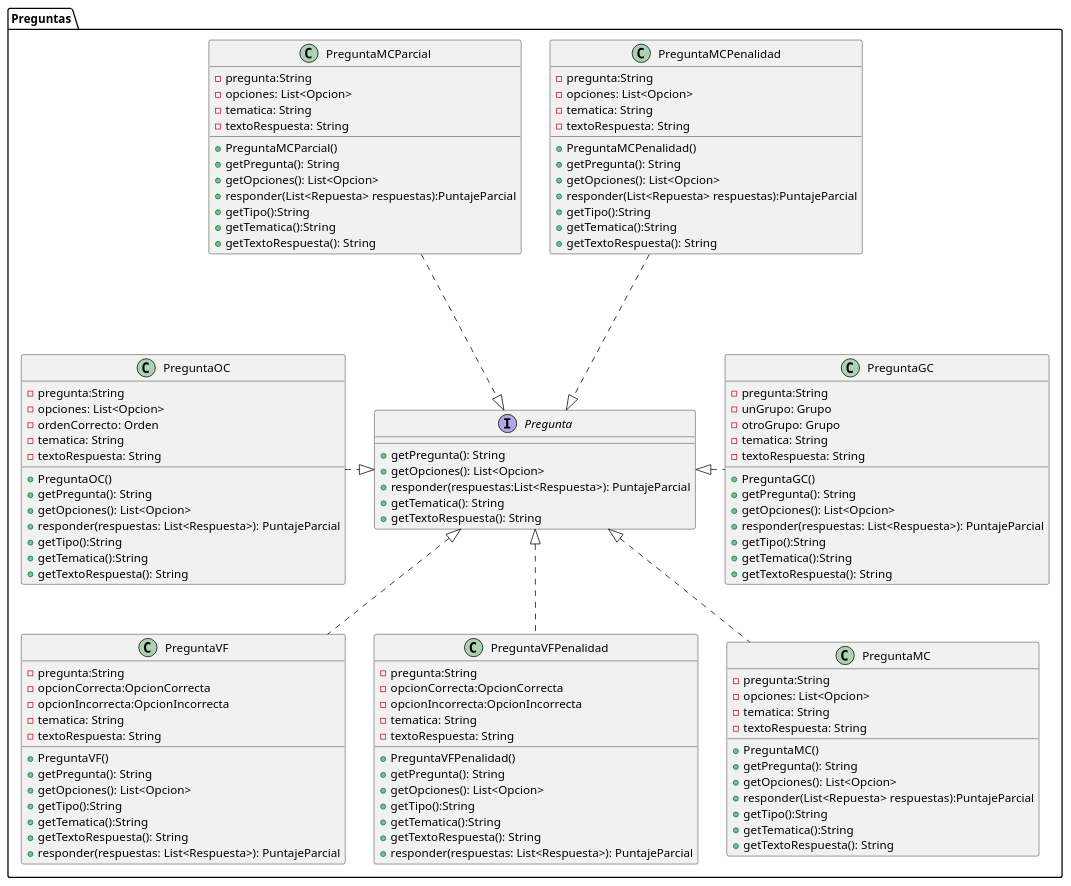
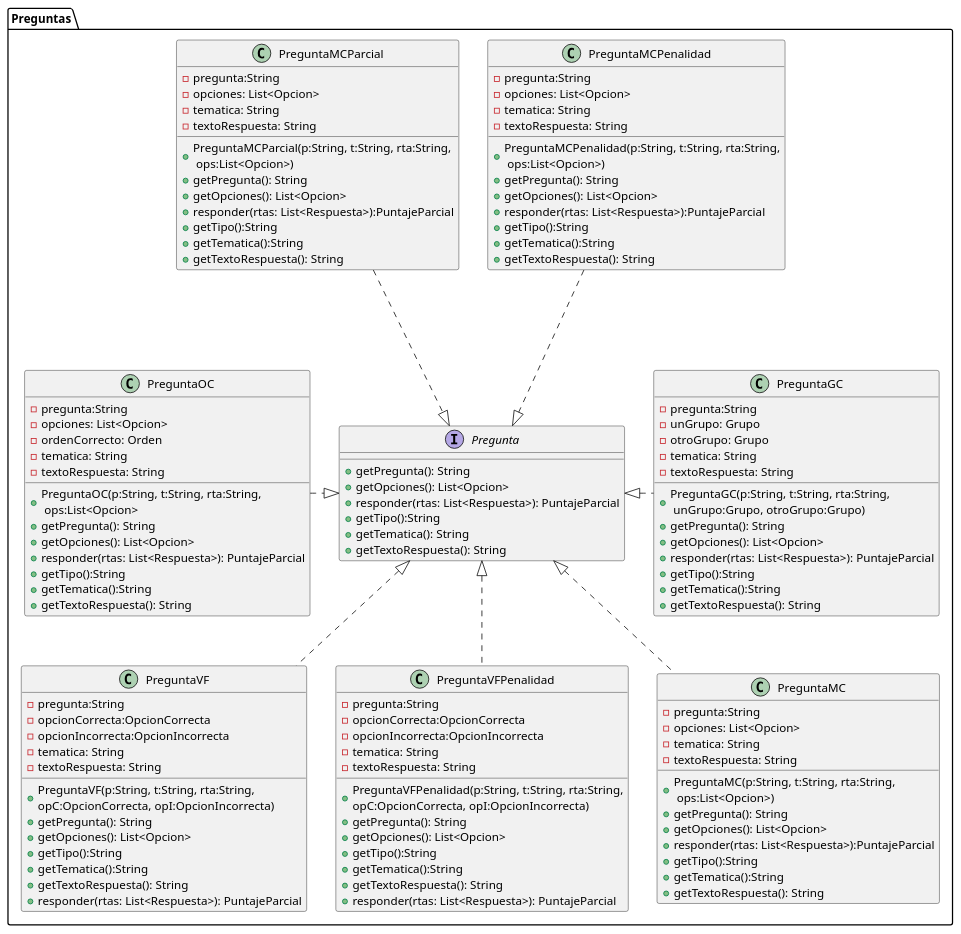
The diagram in diagrams/classes/entregaFinal/Preguntas1.puml (ValentinMarturet/ALGO3-TP2), drawn with PlantUML before and after one commit. The commit also changed 10 other files, not shown here.

```diff
--- a/diagrams/classes/entregaFinal/Preguntas1.puml
+++ b/diagrams/classes/entregaFinal/Preguntas1.puml
@@ -1,127 +1,128 @@
 @startuml
 'https://plantuml.com/class-diagram
 
 package Preguntas {
 
 
 interface Pregunta {
     + getPregunta(): String
     + getOpciones(): List<Opcion>
-    + responder(respuestas:List<Respuesta>): PuntajeParcial
+    + responder(rtas: List<Respuesta>): PuntajeParcial
+    + getTipo():String
     + getTematica(): String
     + getTextoRespuesta(): String
 }
 
 class PreguntaVF {
     - pregunta:String
     - opcionCorrecta:OpcionCorrecta
     - opcionIncorrecta:OpcionIncorrecta
     - tematica: String
     - textoRespuesta: String
-    + PreguntaVF()
+    + PreguntaVF(p:String, t:String, rta:String,\nopC:OpcionCorrecta, opI:OpcionIncorrecta)
     + getPregunta(): String
     + getOpciones(): List<Opcion>
     + getTipo():String
     + getTematica():String
     + getTextoRespuesta(): String
-    + responder(respuestas: List<Respuesta>): PuntajeParcial
+    + responder(rtas: List<Respuesta>): PuntajeParcial
 }
 
 class PreguntaVFPenalidad{
     - pregunta:String
     - opcionCorrecta:OpcionCorrecta
     - opcionIncorrecta:OpcionIncorrecta
     - tematica: String
     - textoRespuesta: String
-    + PreguntaVFPenalidad()
+    + PreguntaVFPenalidad(p:String, t:String, rta:String,\nopC:OpcionCorrecta, opI:OpcionIncorrecta)
     + getPregunta(): String
     + getOpciones(): List<Opcion>
     + getTipo():String
     + getTematica():String
     + getTextoRespuesta(): String
-    + responder(respuestas: List<Respuesta>): PuntajeParcial
+    + responder(rtas: List<Respuesta>): PuntajeParcial
 }
 
 class PreguntaMC {
     - pregunta:String
     - opciones: List<Opcion>
     - tematica: String
     - textoRespuesta: String
-    + PreguntaMC()
+    + PreguntaMC(p:String, t:String, rta:String,\n ops:List<Opcion>)
     + getPregunta(): String
     + getOpciones(): List<Opcion>
-    + responder(List<Repuesta> respuestas):PuntajeParcial
+    + responder(rtas: List<Respuesta>):PuntajeParcial
     + getTipo():String
     + getTematica():String
     + getTextoRespuesta(): String
 }
 
 class PreguntaMCParcial {
     - pregunta:String
     - opciones: List<Opcion>
     - tematica: String
     - textoRespuesta: String
-    + PreguntaMCParcial()
+    + PreguntaMCParcial(p:String, t:String, rta:String,\n ops:List<Opcion>)
     + getPregunta(): String
     + getOpciones(): List<Opcion>
-    + responder(List<Repuesta> respuestas):PuntajeParcial
+    + responder(rtas: List<Respuesta>):PuntajeParcial
     + getTipo():String
     + getTematica():String
     + getTextoRespuesta(): String
 }
 
 class PreguntaMCPenalidad {
     - pregunta:String
     - opciones: List<Opcion>
     - tematica: String
     - textoRespuesta: String
-    + PreguntaMCPenalidad()
+    + PreguntaMCPenalidad(p:String, t:String, rta:String,\n ops:List<Opcion>)
     + getPregunta(): String
     + getOpciones(): List<Opcion>
-    + responder(List<Repuesta> respuestas):PuntajeParcial
+    + responder(rtas: List<Respuesta>):PuntajeParcial
     + getTipo():String
     + getTematica():String
     + getTextoRespuesta(): String
 }
 
 class PreguntaOC {
     - pregunta:String
     - opciones: List<Opcion>
     - ordenCorrecto: Orden
     - tematica: String
     - textoRespuesta: String
-    + PreguntaOC()
+    + PreguntaOC(p:String, t:String, rta:String,\n ops:List<Opcion>
     + getPregunta(): String
     + getOpciones(): List<Opcion>
-    + responder(respuestas: List<Respuesta>): PuntajeParcial
+    + responder(rtas: List<Respuesta>): PuntajeParcial
     + getTipo():String
     + getTematica():String
     + getTextoRespuesta(): String
 }
 
 class PreguntaGC {
     - pregunta:String
     - unGrupo: Grupo
     - otroGrupo: Grupo
     - tematica: String
     - textoRespuesta: String
-    + PreguntaGC()
+    + PreguntaGC(p:String, t:String, rta:String,\n unGrupo:Grupo, otroGrupo:Grupo)
     + getPregunta(): String
     + getOpciones(): List<Opcion>
-    + responder(respuestas: List<Respuesta>): PuntajeParcial
+    + responder(rtas: List<Respuesta>): PuntajeParcial
     + getTipo():String
     + getTematica():String
     + getTextoRespuesta(): String
 }
 
 }
 
 Pregunta <|.down. PreguntaVF
 Pregunta <|.down. PreguntaVFPenalidad
 Pregunta <|.down. PreguntaMC
 Pregunta <|.left. PreguntaOC
 Pregunta <|.right. PreguntaGC
 Pregunta <|.up.. PreguntaMCParcial
 Pregunta <|.up.. PreguntaMCPenalidad
 
 @enduml
```
